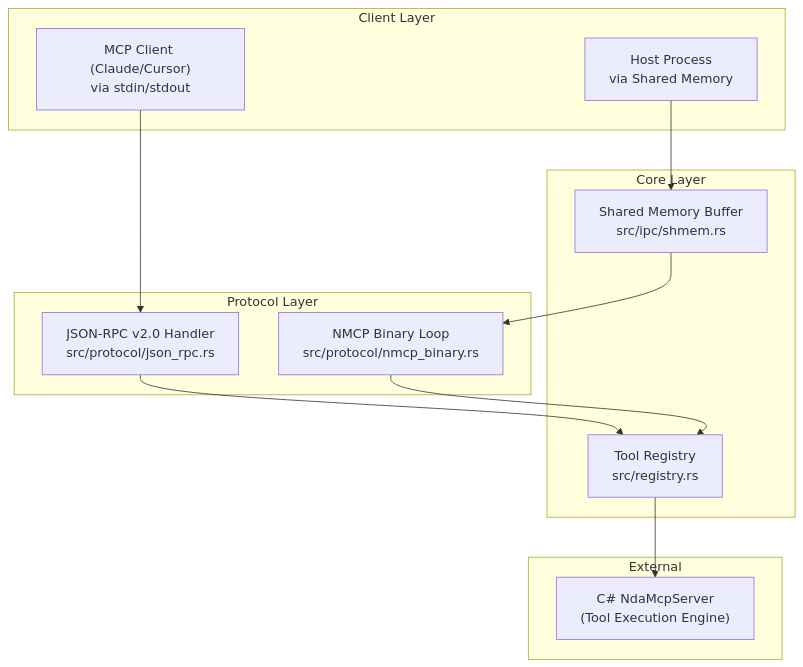
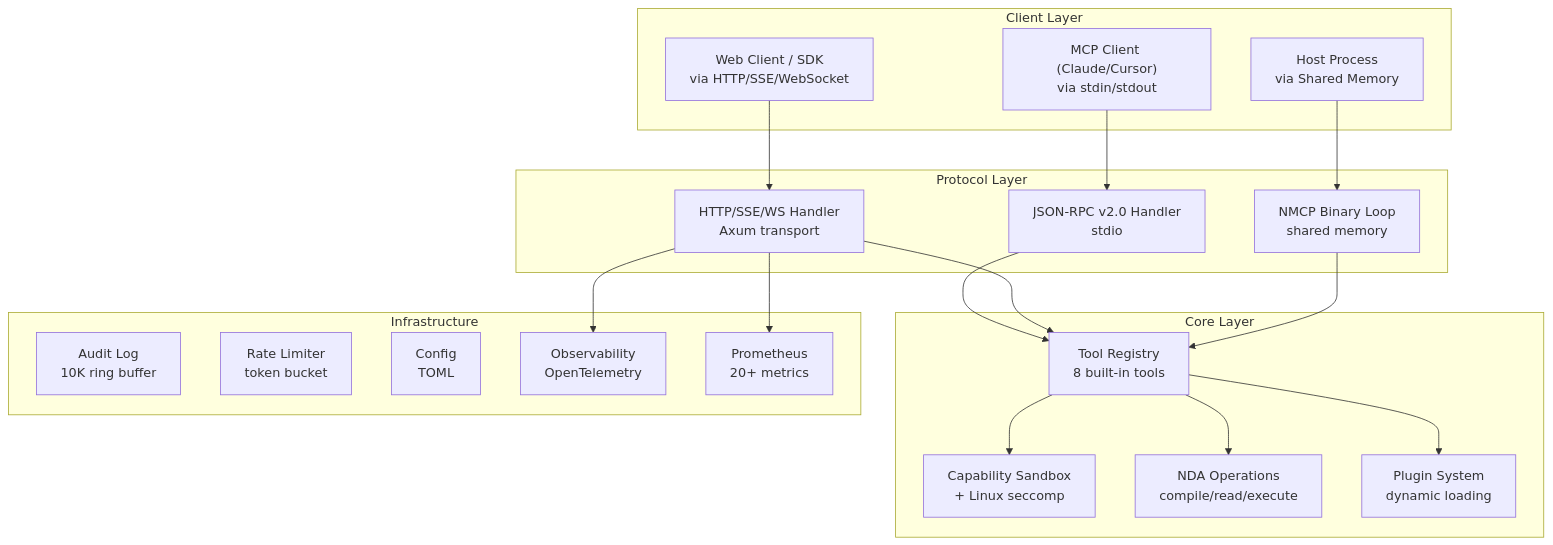
Before and after one commit to UnitBuilds-CC/V.E.L.O.C.I.T.Y.-MCP: the second of 2 diagrams in .qoder/repowiki/en/content/Getting Started.md, drawn with Mermaid. The commit also changed other lines of this file and 17 other files, not shown here.

````diff
--- a/.qoder/repowiki/en/content/Getting Started.md
+++ b/.qoder/repowiki/en/content/Getting Started.md
@@ -87,24 +137,37 @@
 ```mermaid
 graph TB
     subgraph "Client Layer"
         CLIENT_STDIO["MCP Client (Claude/Cursor)<br/>via stdin/stdout"]
+        CLIENT_HTTP["Web Client / SDK<br/>via HTTP/SSE/WebSocket"]
         CLIENT_SHMEM["Host Process<br/>via Shared Memory"]
     end
     subgraph "Protocol Layer"
-        JSONRPC["JSON-RPC v2.0 Handler<br/>src/protocol/json_rpc.rs"]
-        NMCPBIN["NMCP Binary Loop<br/>src/protocol/nmcp_binary.rs"]
+        JSONRPC["JSON-RPC v2.0 Handler<br/>stdio"]
+        HTTP["HTTP/SSE/WS Handler<br/>Axum transport"]
+        NMCPBIN["NMCP Binary Loop<br/>shared memory"]
     end
     subgraph "Core Layer"
-        REG["Tool Registry<br/>src/registry.rs"]
-        SHMEM["Shared Memory Buffer<br/>src/ipc/shmem.rs"]
+        REG["Tool Registry<br/>8 built-in tools"]
+        SANDBOX["Capability Sandbox<br/>+ Linux seccomp"]
+        NDA["NDA Operations<br/>compile/read/execute"]
+        PLUGINS["Plugin System<br/>dynamic loading"]
     end
-    subgraph "External"
-        CSHARP["C# NdaMcpServer<br/>(Tool Execution Engine)"]
+    subgraph "Infrastructure"
+        AUDIT["Audit Log<br/>10K ring buffer"]
+        RATE["Rate Limiter<br/>token bucket"]
+        CONFIG["Config<br/>TOML"]
+        OBS["Observability<br/>OpenTelemetry"]
+        METRICS["Prometheus<br/>20+ metrics"]
     end
     CLIENT_STDIO --> JSONRPC
-    CLIENT_SHMEM --> SHMEM
-    SHMEM --> NMCPBIN
+    CLIENT_HTTP --> HTTP
+    CLIENT_SHMEM --> NMCPBIN
     JSONRPC --> REG
+    HTTP --> REG
     NMCPBIN --> REG
-    REG --> CSHARP
+    REG --> SANDBOX
+    REG --> NDA
+    REG --> PLUGINS
+    HTTP --> METRICS
+    HTTP --> OBS
 ```
````
